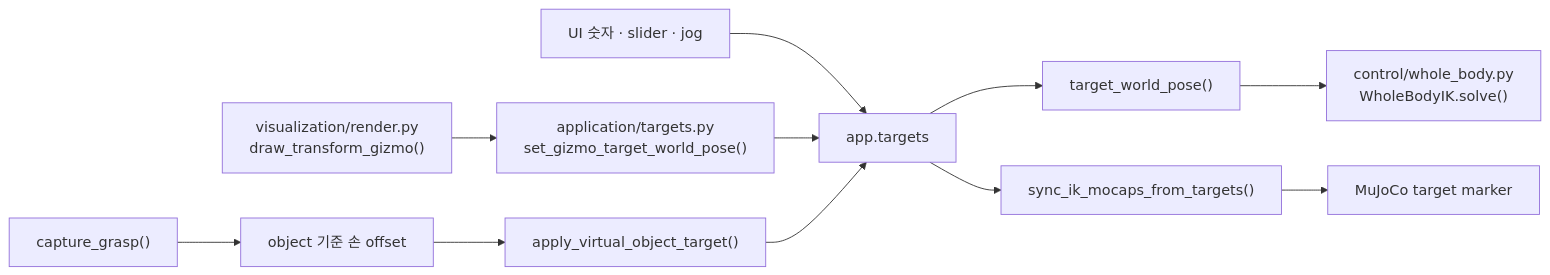
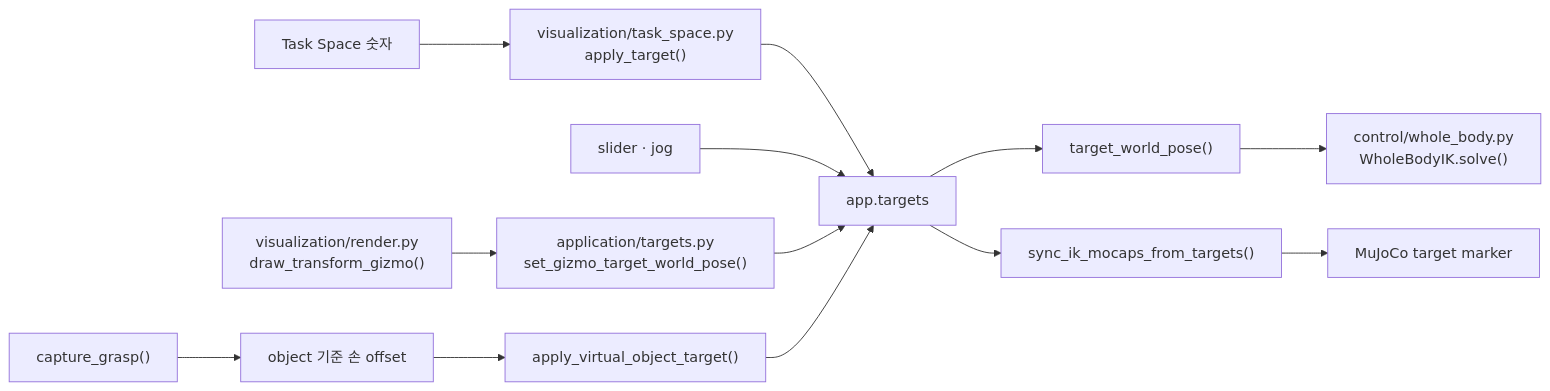
Before and after one commit to Geonhee-LEE/aiworker-mj-lab: the second of 2 diagrams in docs/guide/teleop_app.md, drawn with Mermaid. The commit also changed other lines of this file and 18 other files, not shown here.

````diff
--- a/docs/guide/teleop_app.md
+++ b/docs/guide/teleop_app.md
@@ -114,14 +125,16 @@
 ```mermaid
 flowchart LR
-    EDIT["UI 숫자 · slider · jog"] --> STATE["app.targets"]
+    NUM["Task Space 숫자"] --> APPLYNUM["visualization/task_space.py<br>apply_target()"]
+    APPLYNUM --> STATE["app.targets"]
+    EDIT["slider · jog"] --> STATE
     GIZMO["visualization/render.py<br>draw_transform_gizmo()"] --> SET["application/targets.py<br>set_gizmo_target_world_pose()"]
     SET --> STATE
     STATE --> POSE["target_world_pose()"]
     POSE --> SOLVE["control/whole_body.py<br>WholeBodyIK.solve()"]
     STATE --> MOCAP["sync_ik_mocaps_from_targets()"]
     MOCAP --> VIEW["MuJoCo target marker"]
 
     CAP["capture_grasp()"] --> OFFSET["object 기준 손 offset"]
     OFFSET --> APPLY["apply_virtual_object_target()"]
     APPLY --> STATE
 ```
````
